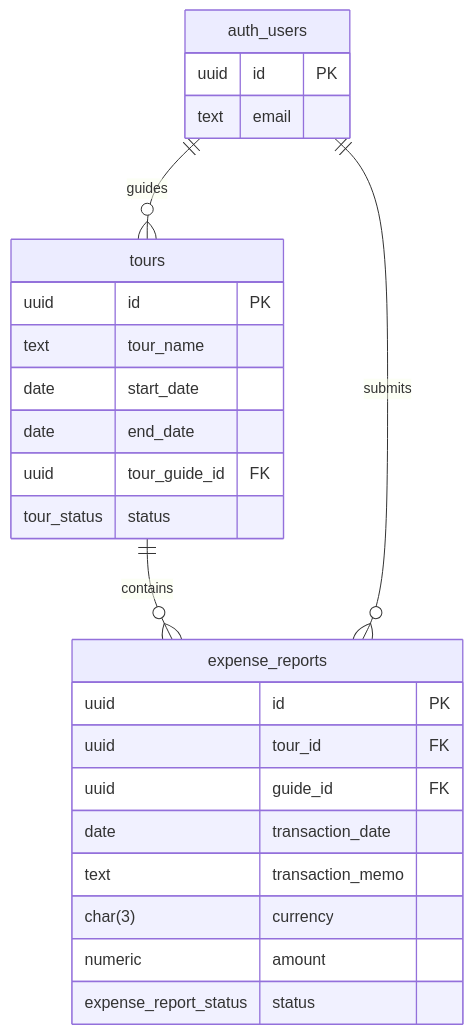
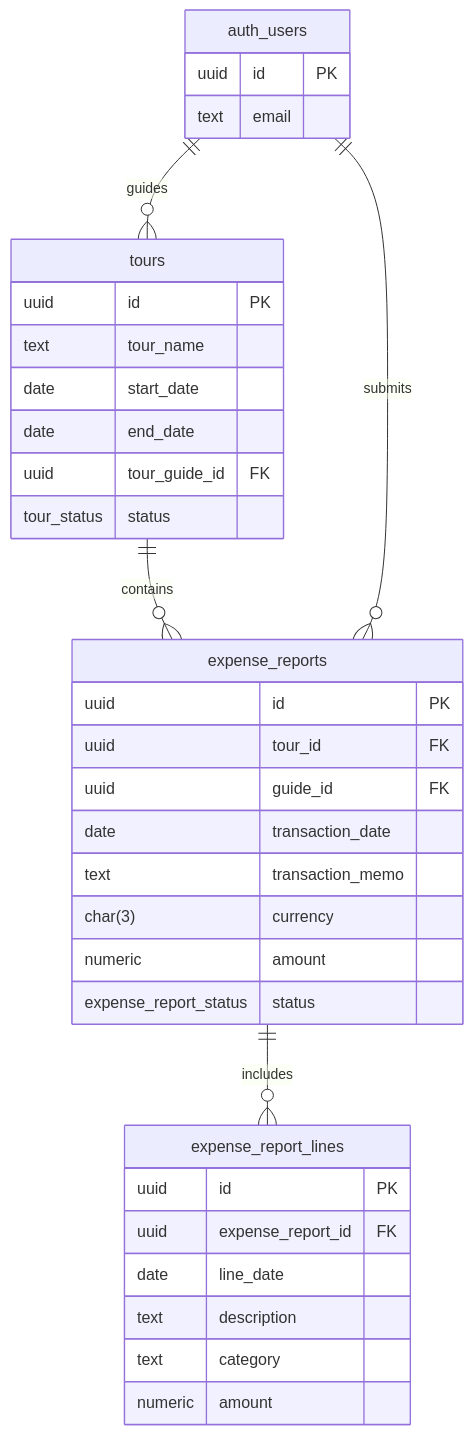
One commit to nomadvibecode/guide-cash-tracking changed the diagram in docs/database-schema.md. Above: the diagram before and after it, drawn with Mermaid. The commit also changed other lines of this file and 9 other files, not shown here.

````diff
--- a/docs/database-schema.md
+++ b/docs/database-schema.md
@@ -36,31 +43,41 @@
 ```mermaid
 erDiagram
   auth_users ||--o{ tours : guides
   tours ||--o{ expense_reports : contains
   auth_users ||--o{ expense_reports : submits
+  expense_reports ||--o{ expense_report_lines : includes
 
   auth_users {
     uuid id PK
     text email
   }
 
   tours {
     uuid id PK
     text tour_name
     date start_date
     date end_date
     uuid tour_guide_id FK
     tour_status status
   }
 
   expense_reports {
     uuid id PK
     uuid tour_id FK
     uuid guide_id FK
     date transaction_date
     text transaction_memo
     char(3) currency
     numeric amount
     expense_report_status status
   }
+
+  expense_report_lines {
+    uuid id PK
+    uuid expense_report_id FK
+    date line_date
+    text description
+    text category
+    numeric amount
+  }
 ```
````
